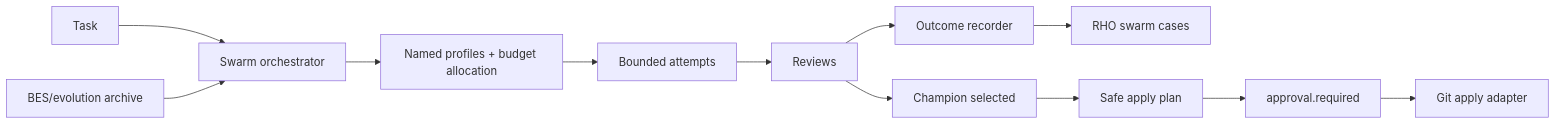
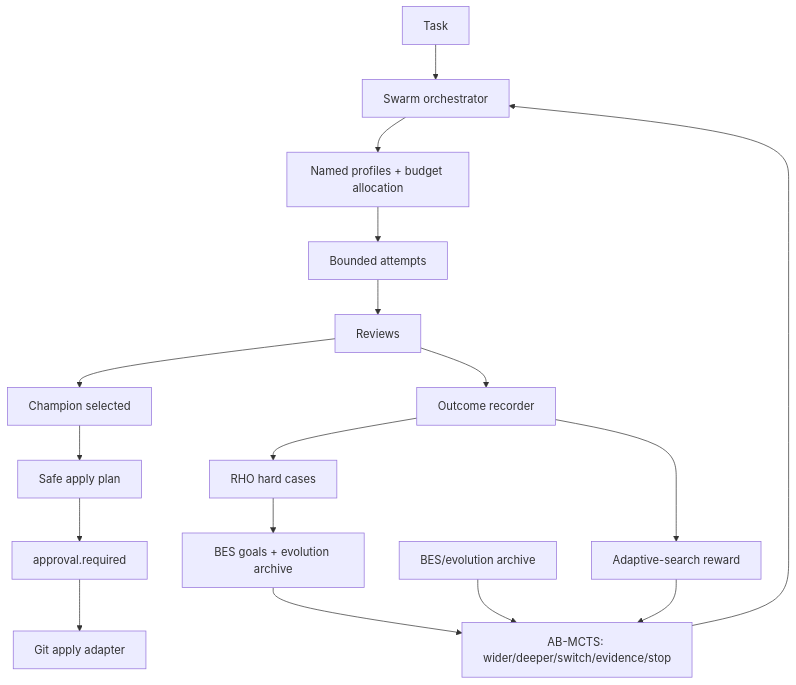
One commit to PhantomG27249/helios-forge changed the seventh of 9 diagrams in docs/architecture/feature-architecture-map.md. Above: the diagram before and after it, drawn with Mermaid. The commit also changed other lines of this file, not shown here.

Commit message:
docs: explain adaptive swarm meta architecture

````diff
--- a/docs/architecture/feature-architecture-map.md
+++ b/docs/architecture/feature-architecture-map.md
@@ -243,14 +298,19 @@
 ```mermaid
-flowchart LR
+flowchart TD
   Task["Task"] --> Swarm["Swarm orchestrator"]
-  EvolutionArchive["BES/evolution archive"] --> Swarm
+  RHO["RHO hard cases"] --> BES["BES goals + evolution archive"]
+  BES --> Adaptive["AB-MCTS: wider/deeper/switch/evidence/stop"]
+  EvolutionArchive["BES/evolution archive"] --> Adaptive
+  Adaptive --> Swarm
   Swarm --> Profiles["Named profiles + budget allocation"]
   Profiles --> Attempts["Bounded attempts"]
   Attempts --> Reviews["Reviews"]
   Reviews --> Champion["Champion selected"]
   Reviews --> Outcome["Outcome recorder"]
-  Outcome --> RHO["RHO swarm cases"]
+  Outcome --> Reward["Adaptive-search reward"]
+  Reward --> Adaptive
+  Outcome --> RHO
   Champion --> Plan["Safe apply plan"]
   Plan --> Approval["approval.required"]
   Approval --> GitApply["Git apply adapter"]
 ```
````
